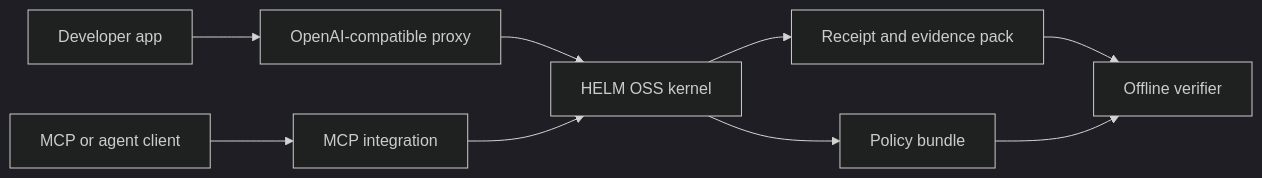
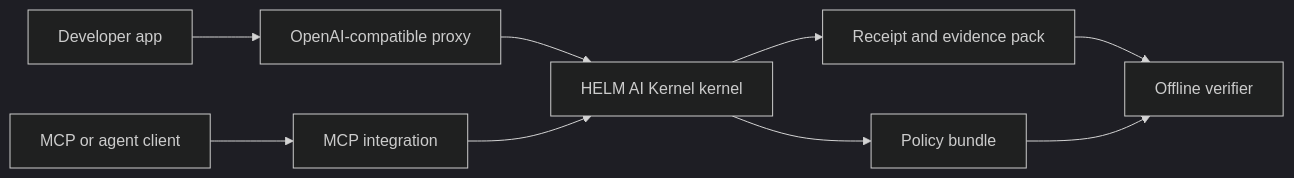
Before and after one commit to Mindburn-Labs/helm-ai-kernel: the diagram in docs/index.md, drawn with Mermaid (dark theme). The commit also changed other lines of this file and 966 other files, not shown here.

First line of the commit message:
chore: complete helm-ai-kernel rename (#138)

````diff
--- a/docs/index.md
+++ b/docs/index.md
@@ -28,11 +28,11 @@
 ```mermaid
 flowchart LR
   Dev["Developer app"] --> Proxy["OpenAI-compatible proxy"]
   Agent["MCP or agent client"] --> MCP["MCP integration"]
-  Proxy --> Kernel["HELM OSS kernel"]
+  Proxy --> Kernel["HELM AI Kernel kernel"]
   MCP --> Kernel
   Kernel --> Policy["Policy bundle"]
   Kernel --> Receipt["Receipt and evidence pack"]
   Receipt --> Verify["Offline verifier"]
   Policy --> Verify
 ```
````
